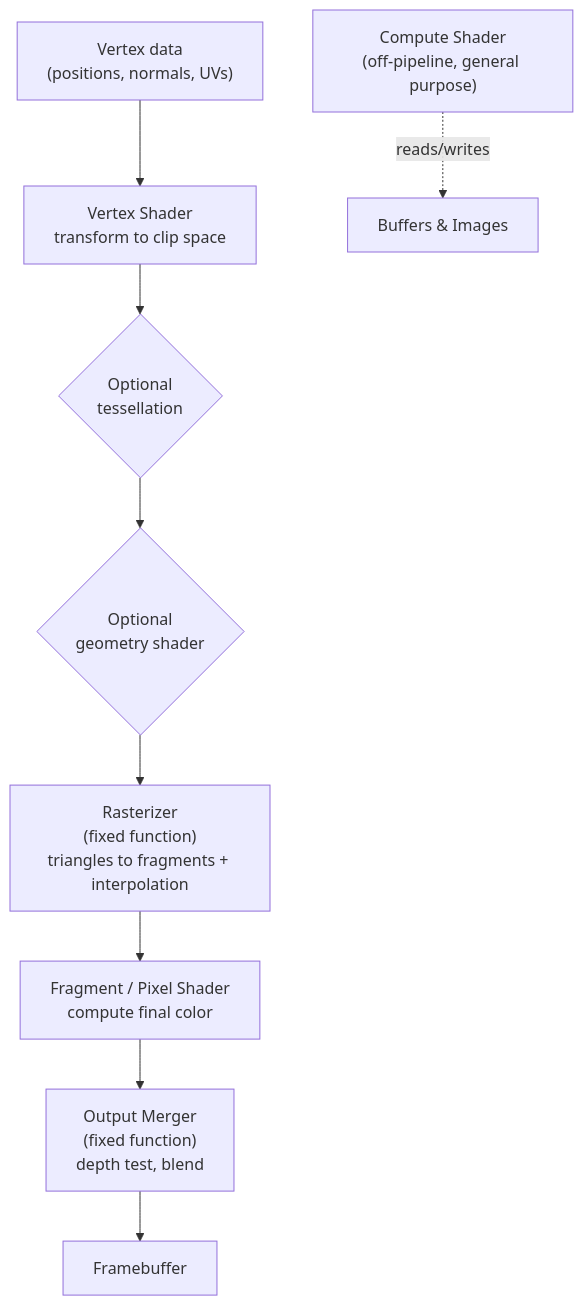
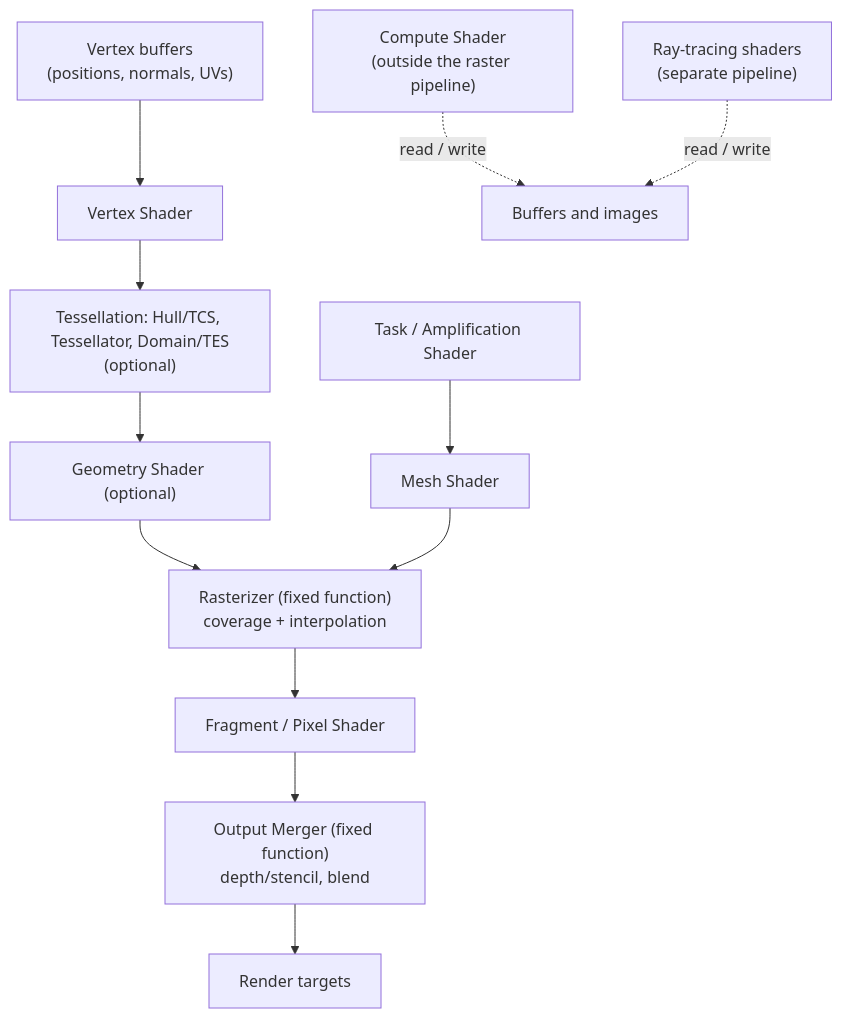
The first of 3 diagrams in github-pages/docs/graphics/shaders.md (AndrewAltimit/Documentation), drawn with Mermaid before and after one commit. The commit also changed other lines of this file and 240 other files, not shown here.

````diff
--- a/github-pages/docs/graphics/shaders.md
+++ b/github-pages/docs/graphics/shaders.md
@@ -27,11 +41,14 @@
 ```mermaid
 flowchart TD
-    A["Vertex data<br/>(positions, normals, UVs)"] --> VS["Vertex Shader<br/>transform to clip space"]
-    VS --> TS{"Optional<br/>tessellation"}
-    TS --> GS{"Optional<br/>geometry shader"}
-    GS --> RAST["Rasterizer<br/>(fixed function)<br/>triangles to fragments + interpolation"]
-    RAST --> FS["Fragment / Pixel Shader<br/>compute final color"]
-    FS --> OM["Output Merger<br/>(fixed function)<br/>depth test, blend"]
-    OM --> FB["Framebuffer"]
-    CS["Compute Shader<br/>(off-pipeline, general purpose)"] -. reads/writes .-> BUF["Buffers & Images"]
+    A["Vertex buffers<br/>(positions, normals, UVs)"] --> VS["Vertex Shader"]
+    VS --> TS["Tessellation: Hull/TCS, Tessellator, Domain/TES<br/>(optional)"]
+    TS --> GS["Geometry Shader (optional)"]
+    AS["Task / Amplification Shader"] --> MS["Mesh Shader"]
+    GS --> RAST["Rasterizer (fixed function)<br/>coverage + interpolation"]
+    MS --> RAST
+    RAST --> FS["Fragment / Pixel Shader"]
+    FS --> OM["Output Merger (fixed function)<br/>depth/stencil, blend"]
+    OM --> FB["Render targets"]
+    CS["Compute Shader<br/>(outside the raster pipeline)"] -. "read / write" .-> BUF["Buffers and images"]
+    RT["Ray-tracing shaders<br/>(separate pipeline)"] -. "read / write" .-> BUF
 ```
````
